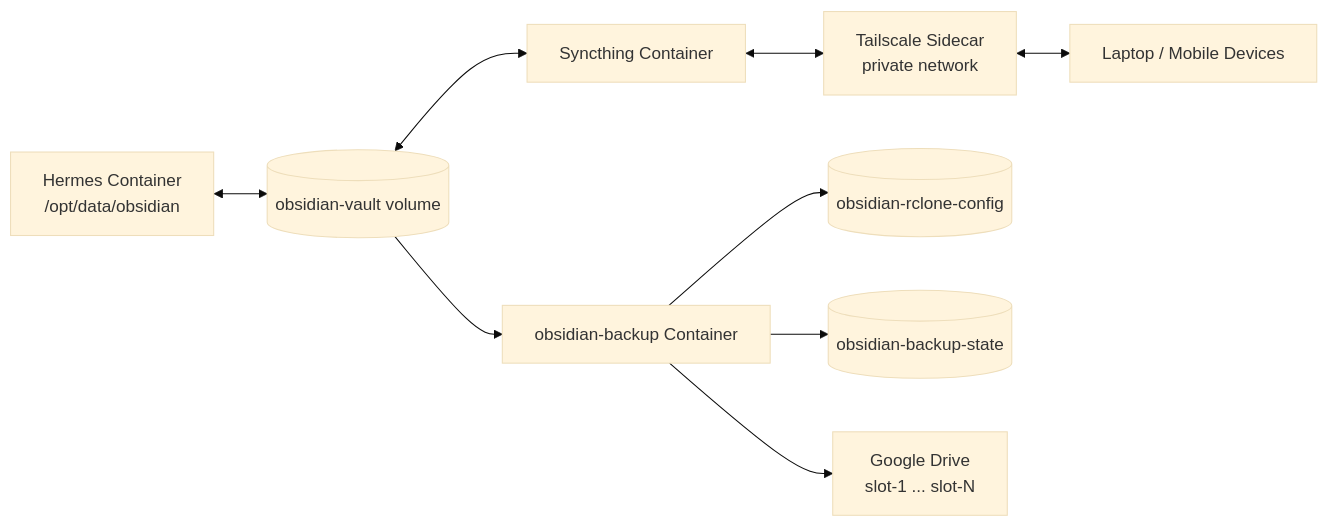
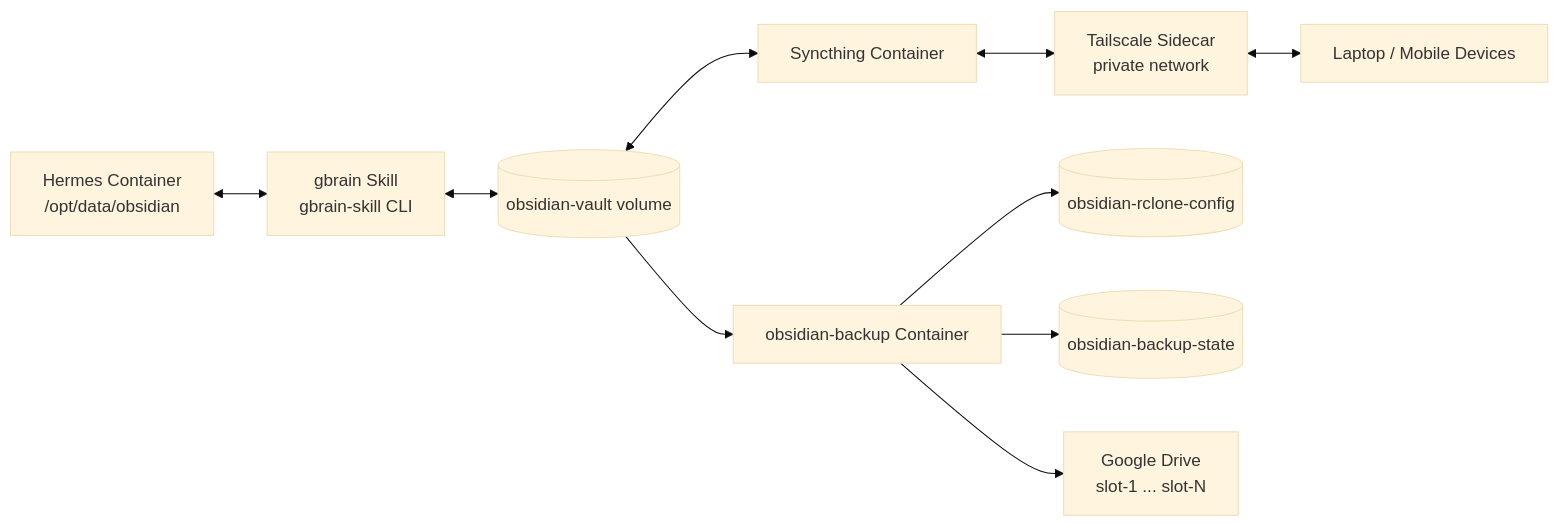
The third of 4 diagrams in README.md (Pedrohgv/josemar-assistente), drawn with Mermaid (base theme) before and after one commit. The commit also changed other lines of this file, not shown here.

Commit message:
Update README with gbrain architecture, docs index, and volume details

````diff
--- a/README.md
+++ b/README.md
@@ -74,11 +75,12 @@
 ```mermaid
 flowchart LR
-  Hermes[Hermes Container<br/>/opt/data/obsidian] <--> Vault[(obsidian-vault volume)]
+  Hermes[Hermes Container<br/>/opt/data/obsidian] <--> GBrain[gbrain Skill<br/>gbrain-skill CLI]
+  GBrain <--> Vault[(obsidian-vault volume)]
   Vault <--> Syncthing[Syncthing Container]
   Syncthing <--> Tailscale[Tailscale Sidecar<br/>private network]
   Tailscale <--> Devices[Laptop / Mobile Devices]
   Vault --> Backup[obsidian-backup Container]
   Backup --> RcloneConfig[(obsidian-rclone-config)]
   Backup --> SlotState[(obsidian-backup-state)]
   Backup --> Drive[Google Drive<br/>slot-1 ... slot-N]
 ```
````
